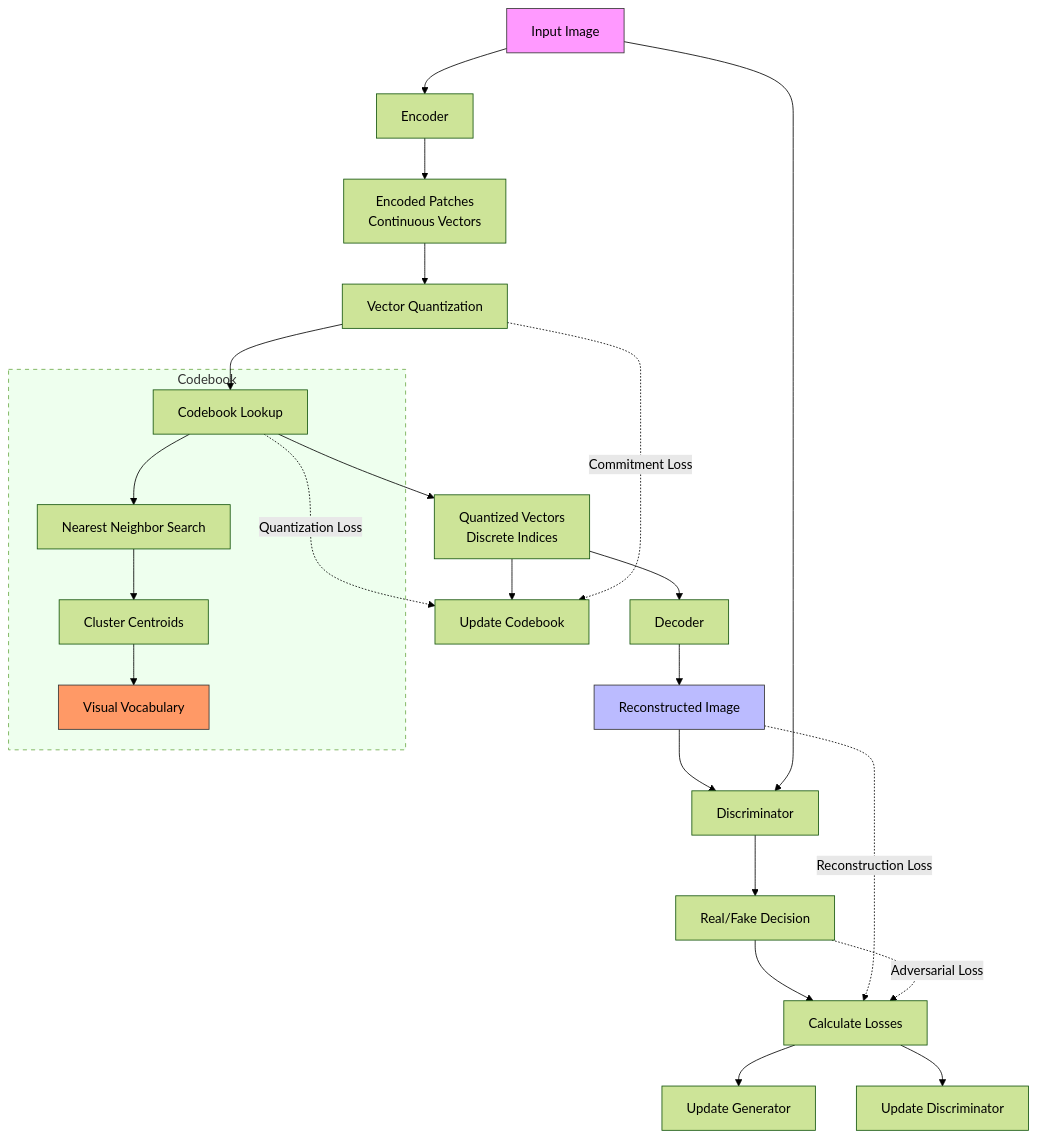
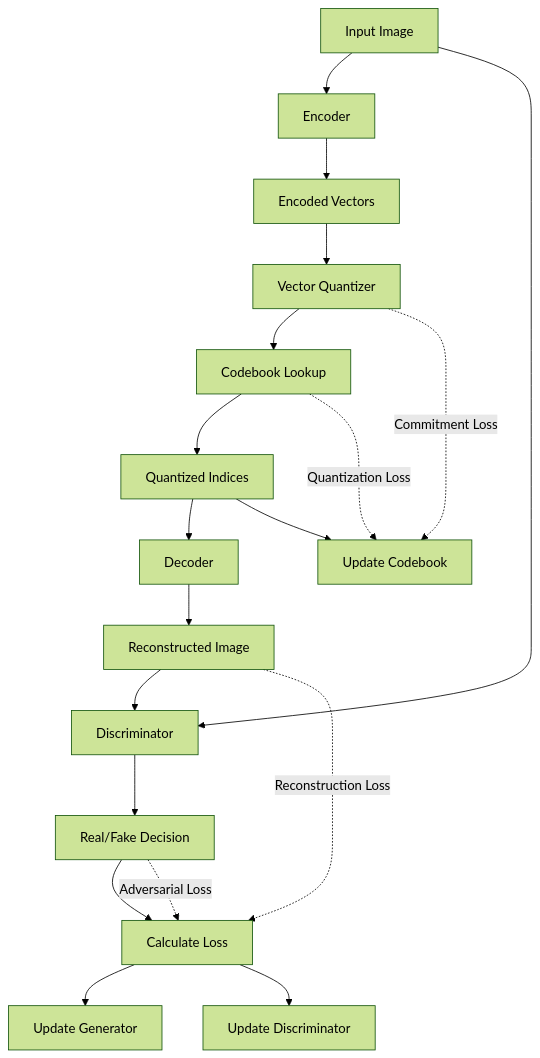
The diagram in README.md (Sid3503/VQgan), drawn with Mermaid (forest theme) before and after one commit. The commit also changed other lines of this file, not shown here.

````diff
--- a/README.md
+++ b/README.md
@@ -4,39 +25,23 @@
 ```mermaid
 flowchart TD
-    %% Main Flow
     A[Input Image] --> B[Encoder]
-    B --> C[Encoded Patches\nContinuous Vectors]
-    C --> D[Vector Quantization]
+    B --> C[Encoded Vectors]
+    C --> D[Vector Quantizer]
     D --> E[Codebook Lookup]
-    E --> F[Quantized Vectors\nDiscrete Indices]
+    E --> F[Quantized Indices]
     F --> G[Decoder]
     G --> H[Reconstructed Image]
     H --> I[Discriminator]
     A --> I
-    
-    %% Training Components
+
     I --> J[Real/Fake Decision]
-    J --> K[Calculate Losses]
+    J --> K[Calculate Loss]
     K --> L[Update Generator]
     K --> M[Update Discriminator]
     F --> N[Update Codebook]
-    
-    %% Codebook Visualization
-    subgraph Codebook
-        E --> O[Nearest Neighbor Search]
-        O --> P[Cluster Centroids]
-        P --> Q[Visual Vocabulary]
-    end
-    
-    %% Loss Functions
+
     D -.->|Commitment Loss| N
     E -.->|Quantization Loss| N
     H -.->|Reconstruction Loss| K
     J -.->|Adversarial Loss| K
-    
-    %% Styling
-    style A fill:#f9f,stroke:#333
-    style H fill:#bbf,stroke:#333
-    style Q fill:#f96,stroke:#333
-    style Codebook fill:#efe,stroke-dasharray:5
 ```
````
